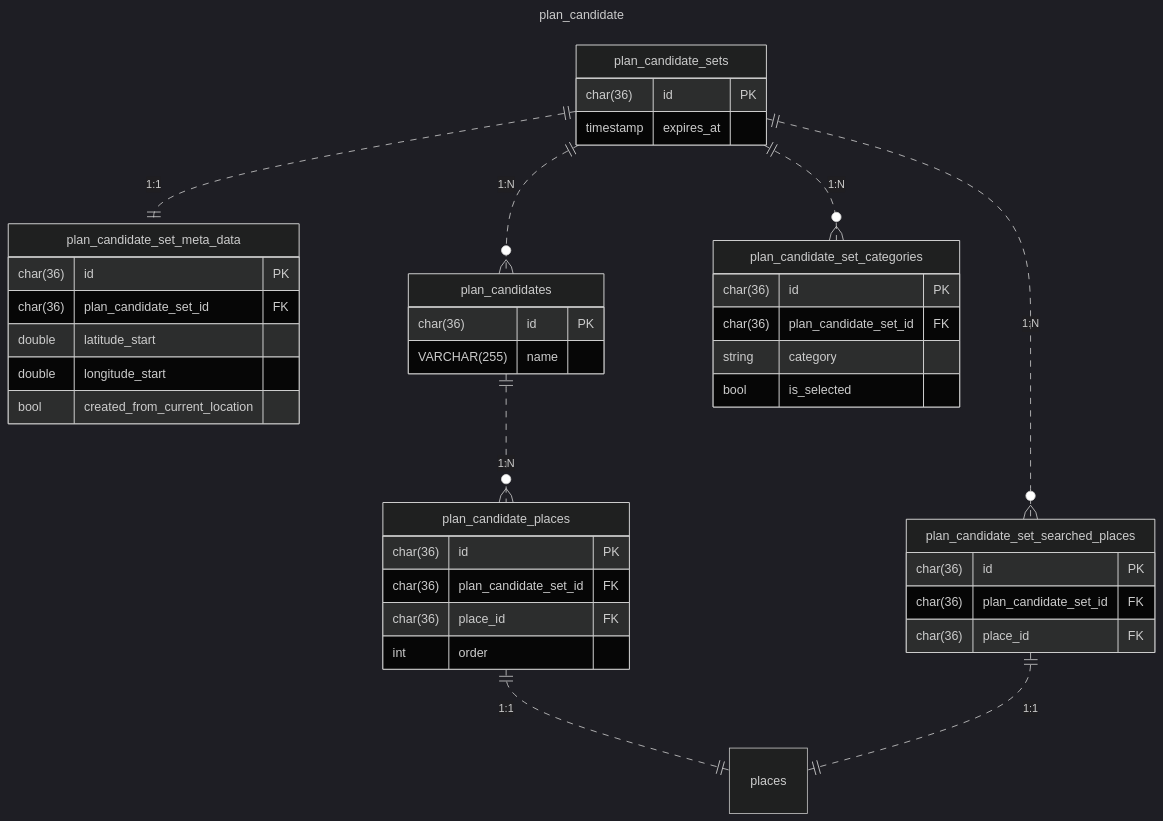
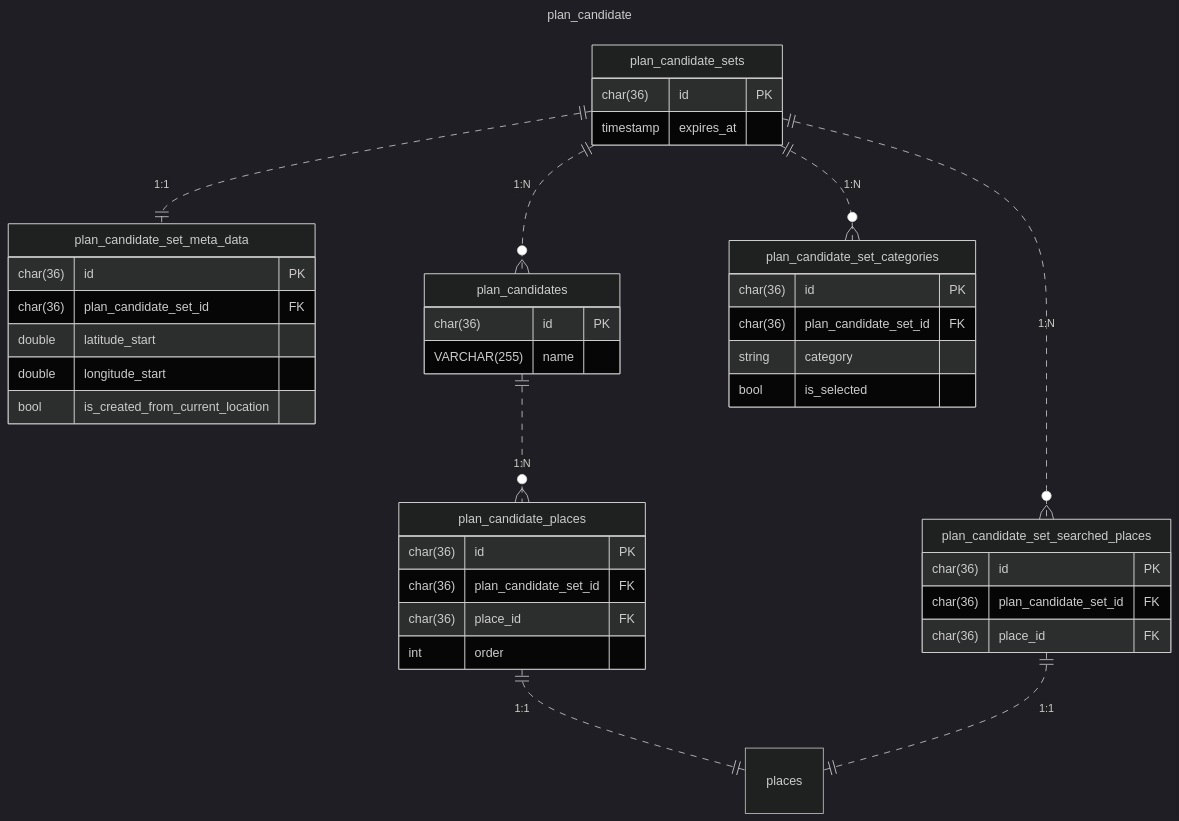
Before and after one commit to poroto-app/planner: the third of 3 diagrams in doc/database/er.md, drawn with Mermaid (dark theme). The commit also changed 2 other files, not shown here.

Commit message:
feat(db): ブール型であることがわかりやすいように変数名を修正

````diff
--- a/doc/database/er.md
+++ b/doc/database/er.md
@@ -108,51 +108,51 @@
 ```mermaid
 ---
 title: plan_candidate
 ---
 erDiagram
     plan_candidate_sets {
         char(36) id PK
         timestamp expires_at
     }
 
     plan_candidate_set_meta_data {
         char(36) id PK
         char(36) plan_candidate_set_id FK
         double latitude_start
         double longitude_start
-        bool created_from_current_location
+        bool is_created_from_current_location
     }
 
     plan_candidates {
         char(36) id PK
         VARCHAR(255) name
     }
 
     plan_candidate_set_searched_places {
         char(36) id PK
         char(36) plan_candidate_set_id FK
         char(36) place_id FK
     }
 
     plan_candidate_places {
         char(36) id PK
         char(36) plan_candidate_set_id FK
         char(36) place_id FK
         int order
     }
 
     plan_candidate_set_categories {
         char(36) id PK
         char(36) plan_candidate_set_id FK
         string category
         bool is_selected
     }
 
     plan_candidate_sets ||..o{ plan_candidates: "1:N"
     plan_candidate_sets ||..|| plan_candidate_set_meta_data: "1:1"
     plan_candidate_sets ||..o{ plan_candidate_set_categories: "1:N"
     plan_candidate_sets ||..o{ plan_candidate_set_searched_places: "1:N"
     plan_candidates ||..o{ plan_candidate_places: "1:N"
     plan_candidate_places ||..|| places: "1:1"
     plan_candidate_set_searched_places ||..|| places: "1:1"
 ```
````
